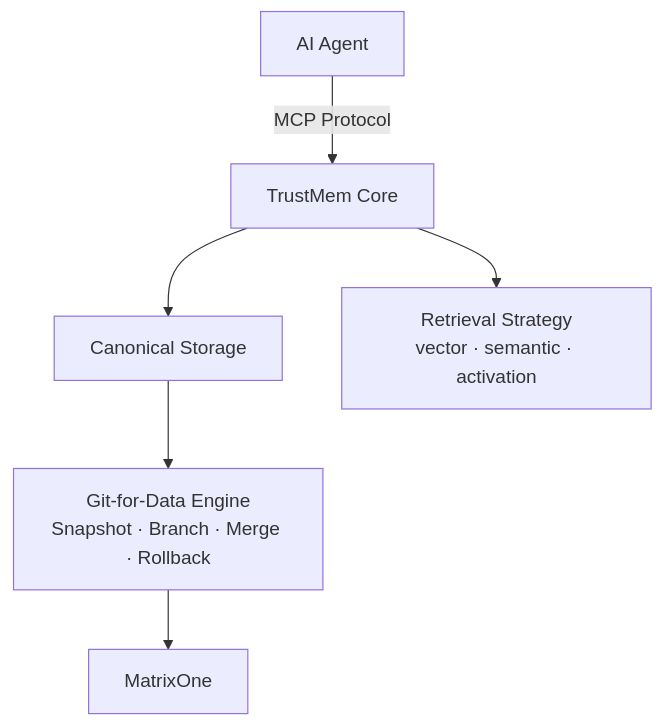
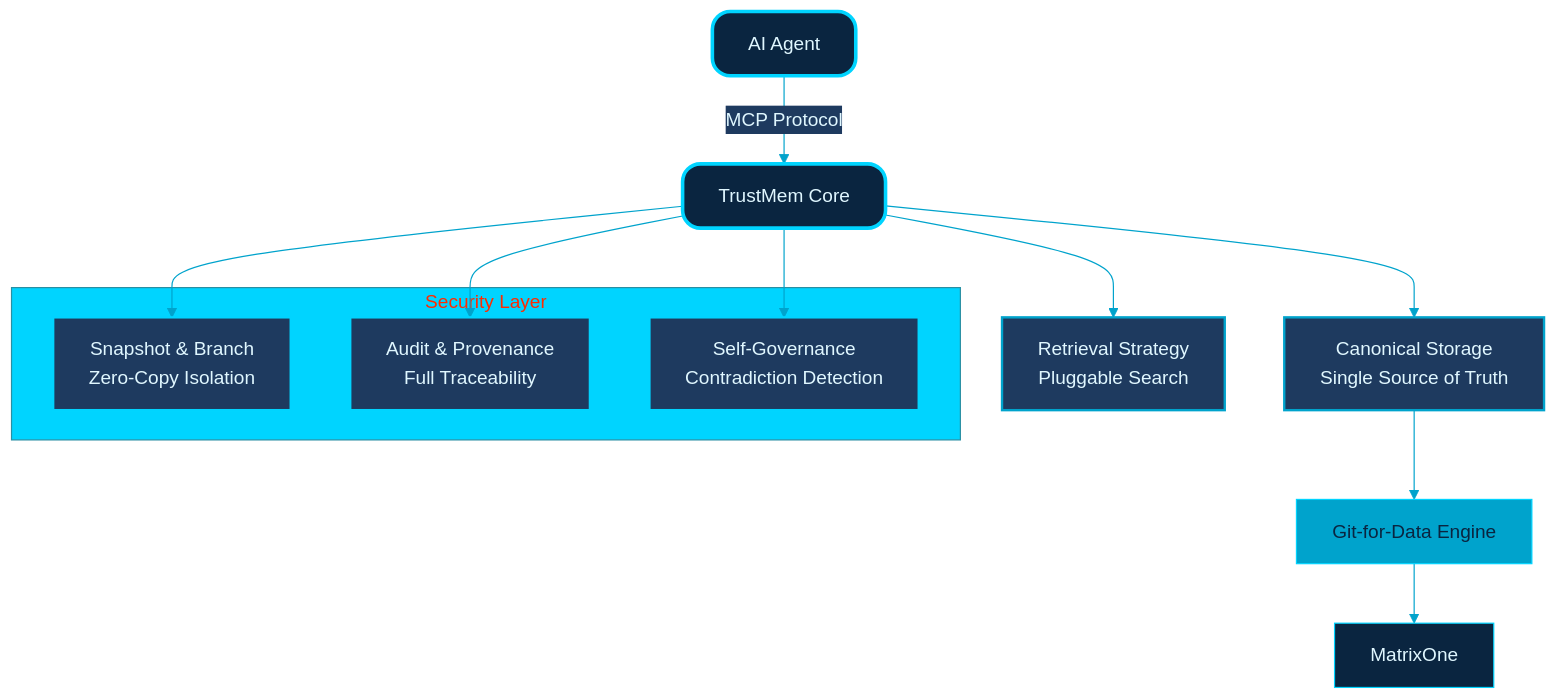
The diagram in README.md (matrixorigin/Memoria), drawn with Mermaid before and after one commit.

````diff
--- a/README.md
+++ b/README.md
@@ -24,8 +24,40 @@
 ```mermaid
+%%{init: {'theme': 'base', 'themeVariables': { 
+  'primaryColor': '#0A2540',
+  'primaryTextColor': '#E0F7FF',
+  'primaryBorderColor': '#00D4FF',
+  'lineColor': '#00A3CC',
+  'secondaryColor': '#1E3A5F',
+  'tertiaryColor': '#00D4FF'
+}}}%%
+
 graph TD
-    A[AI Agent] -->|MCP Protocol| B[TrustMem Core]
-    B --> C[Canonical Storage]
-    B --> D[Retrieval Strategy<br/>vector · semantic · activation]
-    C --> E[Git-for-Data Engine<br/>Snapshot · Branch · Merge · Rollback]
+    A[AI Agent] 
+    -->|MCP Protocol| B[TrustMem Core]
+
+    B --> C[Canonical Storage<br/>Single Source of Truth]
+    B --> D[Retrieval Strategy<br/>Pluggable Search]
+
+    C --> E[Git-for-Data Engine]
     E --> F[MatrixOne]
+
+    subgraph "Security Layer"
+        G[Snapshot & Branch<br/>Zero-Copy Isolation]
+        H[Audit & Provenance<br/>Full Traceability]
+        I[Self-Governance<br/>Contradiction Detection]
+    end
+
+    B --> G
+    B --> H
+    B --> I
+
+    classDef core fill:#0A2540,stroke:#00D4FF,stroke-width:3px,color:#E0F7FF,rx:15,ry:15;
+    classDef storage fill:#1E3A5F,stroke:#00A3CC,stroke-width:2px,color:#E0F7FF;
+    classDef strategy fill:#1E3A5F,stroke:#00D4FF,stroke-width:2px,color:#E0F7FF;
+    classDef engine fill:#00A3CC,stroke:#00D4FF,color:#0A2540;
+
+    class A,B core;
+    class C,D storage;
+    class E engine;
+    class G,H,I strategy;
 ```
````
